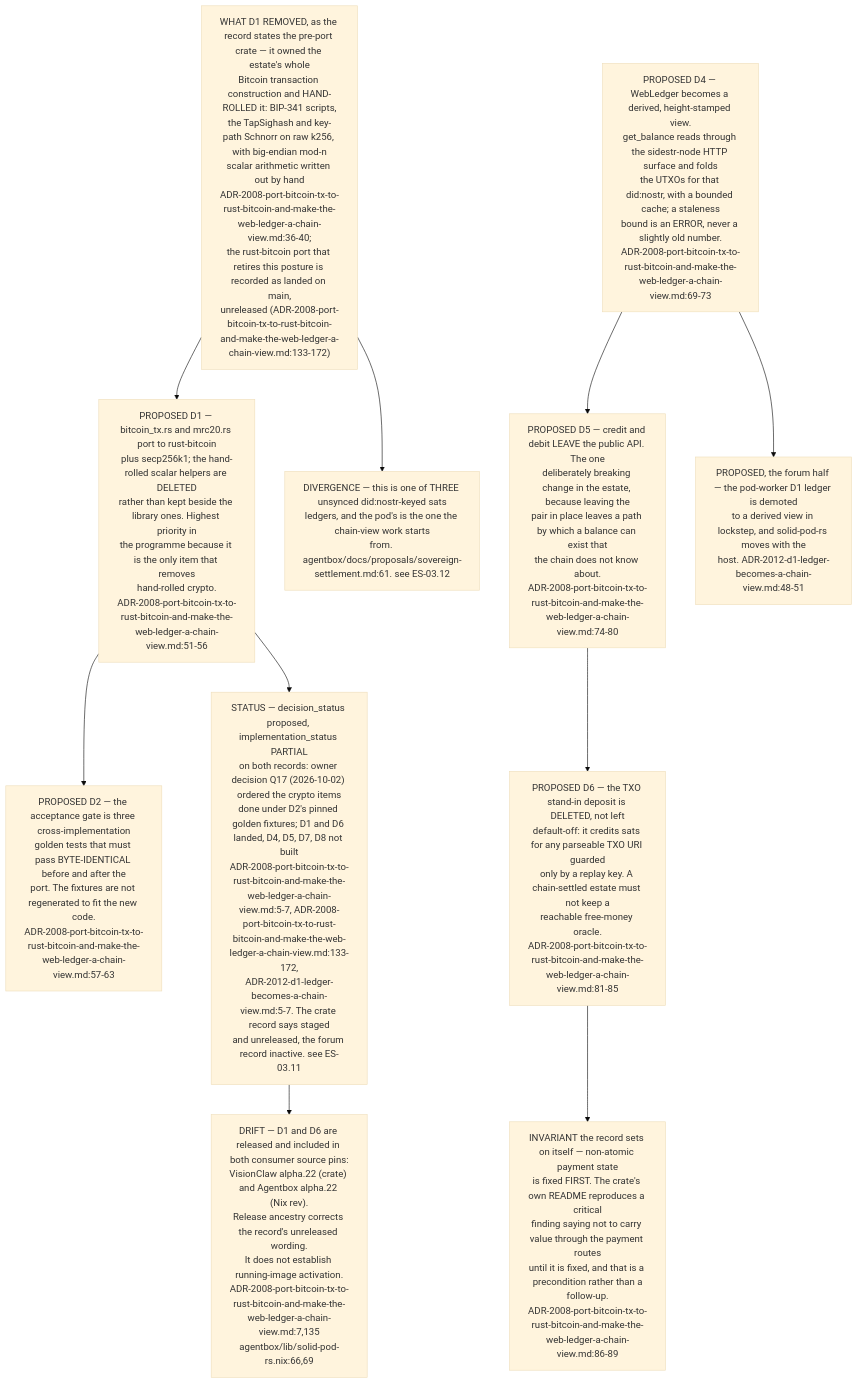
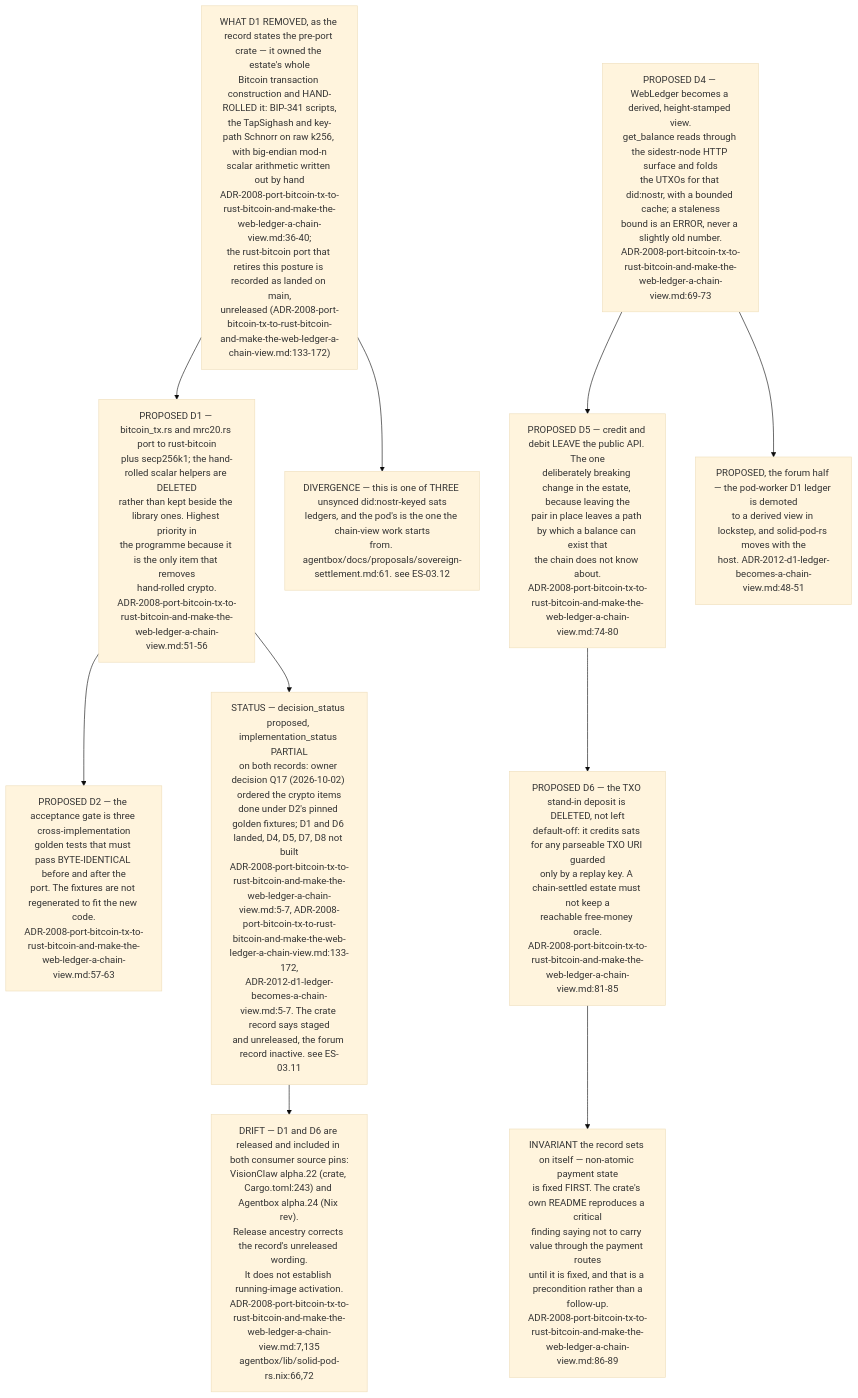
Before and after one commit to DreamLab-AI/VisionFlow: diagram 12 of 13 in docs/diagrams/estate/08-solid-pod-estate.md, drawn with Mermaid (base theme). The commit also changed other lines of this file and 5 other files, not shown here.

````diff
--- a/docs/diagrams/estate/08-solid-pod-estate.md
+++ b/docs/diagrams/estate/08-solid-pod-estate.md
@@ -516,31 +521,31 @@
 ```mermaid
 flowchart TB
     CRYPTO["WHAT D1 REMOVED, as the record states the pre-port crate — it owned the estate's whole<br/>Bitcoin transaction construction and HAND-ROLLED it: BIP-341 scripts,<br/>the TapSighash and key-path Schnorr on raw k256, with big-endian mod-n<br/>scalar arithmetic written out by hand<br/>ADR-2008-port-bitcoin-tx-to-rust-bitcoin-and-make-the-web-ledger-a-chain-view.md:36-40;<br/>the rust-bitcoin port that retires this posture is recorded as landed on main,<br/>unreleased (ADR-2008-port-bitcoin-tx-to-rust-bitcoin-and-make-the-web-ledger-a-chain-view.md:133-172)"]
 
     PORT["PROPOSED D1 — bitcoin_tx.rs and mrc20.rs port to rust-bitcoin<br/>plus secp256k1; the hand-rolled scalar helpers are DELETED<br/>rather than kept beside the library ones. Highest priority in<br/>the programme because it is the only item that removes<br/>hand-rolled crypto.<br/>ADR-2008-port-bitcoin-tx-to-rust-bitcoin-and-make-the-web-ledger-a-chain-view.md:51-56"]
     CRYPTO --> PORT
 
     GATE["PROPOSED D2 — the acceptance gate is three cross-implementation<br/>golden tests that must pass BYTE-IDENTICAL before and after the<br/>port. The fixtures are not regenerated to fit the new code.<br/>ADR-2008-port-bitcoin-tx-to-rust-bitcoin-and-make-the-web-ledger-a-chain-view.md:57-63"]
     PORT --> GATE
 
     VIEW["PROPOSED D4 — WebLedger becomes a derived, height-stamped view.<br/>get_balance reads through the sidestr-node HTTP surface and folds<br/>the UTXOs for that did:nostr, with a bounded cache; a staleness<br/>bound is an ERROR, never a slightly old number.<br/>ADR-2008-port-bitcoin-tx-to-rust-bitcoin-and-make-the-web-ledger-a-chain-view.md:69-73"]
     API["PROPOSED D5 — credit and debit LEAVE the public API. The one<br/>deliberately breaking change in the estate, because leaving the<br/>pair in place leaves a path by which a balance can exist that<br/>the chain does not know about.<br/>ADR-2008-port-bitcoin-tx-to-rust-bitcoin-and-make-the-web-ledger-a-chain-view.md:74-80"]
     VIEW --> API
 
     TXO["PROPOSED D6 — the TXO stand-in deposit is DELETED, not left<br/>default-off: it credits sats for any parseable TXO URI guarded<br/>only by a replay key. A chain-settled estate must not keep a<br/>reachable free-money oracle.<br/>ADR-2008-port-bitcoin-tx-to-rust-bitcoin-and-make-the-web-ledger-a-chain-view.md:81-85"]
     API --> TXO
 
     FORUM["PROPOSED, the forum half — the pod-worker D1 ledger is demoted<br/>to a derived view in lockstep, and solid-pod-rs moves with the<br/>host. ADR-2012-d1-ledger-becomes-a-chain-view.md:48-51"]
     VIEW --> FORUM
 
     PRE["INVARIANT the record sets on itself — non-atomic payment state<br/>is fixed FIRST. The crate's own README reproduces a critical<br/>finding saying not to carry value through the payment routes<br/>until it is fixed, and that is a precondition rather than a<br/>follow-up.<br/>ADR-2008-port-bitcoin-tx-to-rust-bitcoin-and-make-the-web-ledger-a-chain-view.md:86-89"]
     TXO --> PRE
 
     NOTLIVE["STATUS — decision_status proposed, implementation_status PARTIAL<br/>on both records: owner decision Q17 (2026-10-02) ordered the crypto items<br/>done under D2's pinned golden fixtures; D1 and D6 landed, D4, D5, D7, D8 not built<br/>ADR-2008-port-bitcoin-tx-to-rust-bitcoin-and-make-the-web-ledger-a-chain-view.md:5-7, ADR-2008-port-bitcoin-tx-to-rust-bitcoin-and-make-the-web-ledger-a-chain-view.md:133-172,<br/>ADR-2012-d1-ledger-becomes-a-chain-view.md:5-7. The crate record says staged<br/>and unreleased, the forum record inactive. see ES-03.11"]
-    DRIFT["DRIFT — D1 and D6 are released and included in both consumer source pins:<br/>VisionClaw alpha.22 (crate) and Agentbox alpha.22 (Nix rev).<br/>Release ancestry corrects the record's unreleased wording.<br/>It does not establish running-image activation.<br/>ADR-2008-port-bitcoin-tx-to-rust-bitcoin-and-make-the-web-ledger-a-chain-view.md:7,135<br/>agentbox/lib/solid-pod-rs.nix:66,69"]
+    DRIFT["DRIFT — D1 and D6 are released and included in both consumer source pins:<br/>VisionClaw alpha.22 (crate, Cargo.toml:243) and Agentbox alpha.24 (Nix rev).<br/>Release ancestry corrects the record's unreleased wording.<br/>It does not establish running-image activation.<br/>ADR-2008-port-bitcoin-tx-to-rust-bitcoin-and-make-the-web-ledger-a-chain-view.md:7,135<br/>agentbox/lib/solid-pod-rs.nix:66,72"]
     NOTLIVE --> DRIFT
     PORT --> NOTLIVE
 
     THREE["DIVERGENCE — this is one of THREE unsynced did:nostr-keyed sats<br/>ledgers, and the pod's is the one the chain-view work starts<br/>from. agentbox/docs/proposals/sovereign-settlement.md:61. see ES-03.12"]
     CRYPTO --> THREE
 ```
````
